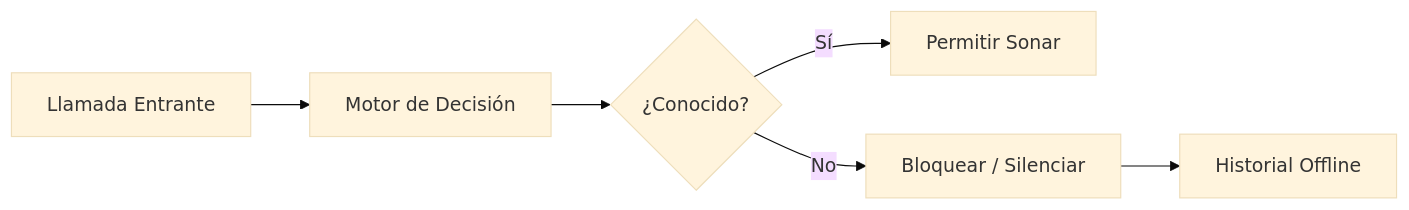
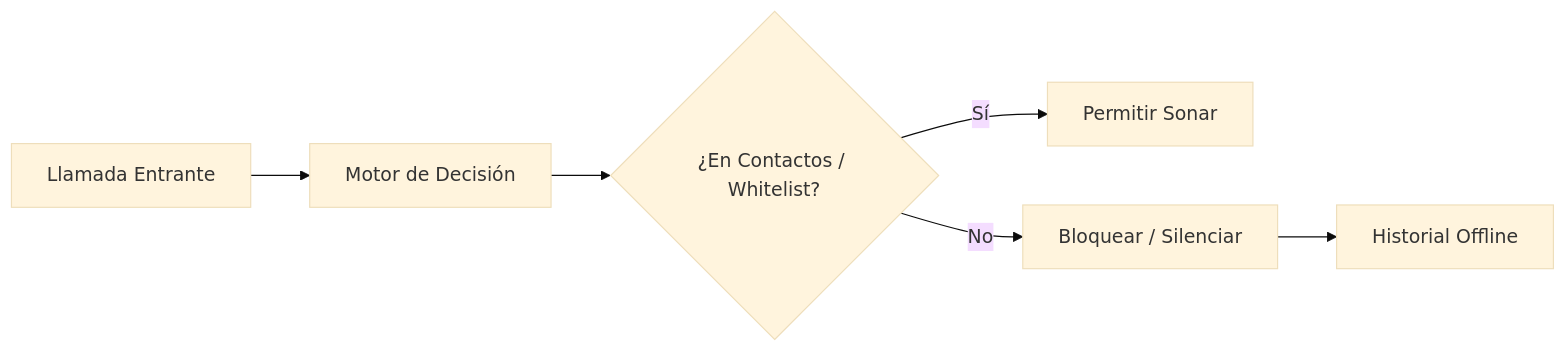
The diagram in README.es.md (ricardosierra/sentinela), drawn with Mermaid (base theme) before and after one commit. The commit also changed other lines of this file and 145 other files, not shown here.

````diff
--- a/README.es.md
+++ b/README.es.md
@@ -44,8 +44,8 @@
 ```mermaid
 graph LR
     A[Llamada Entrante] --> B[Motor de Decisión]
-    B --> C{¿Conocido?}
+    B --> C{¿En Contactos / Whitelist?}
     C -->|Sí| D[Permitir Sonar]
     C -->|No| E[Bloquear / Silenciar]
     E --> F[Historial Offline]
 ```
````
